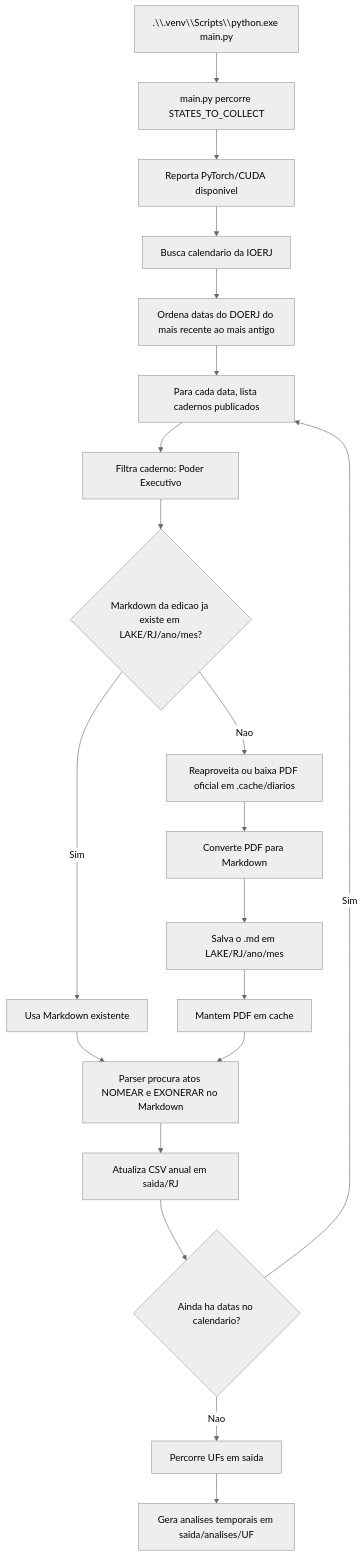
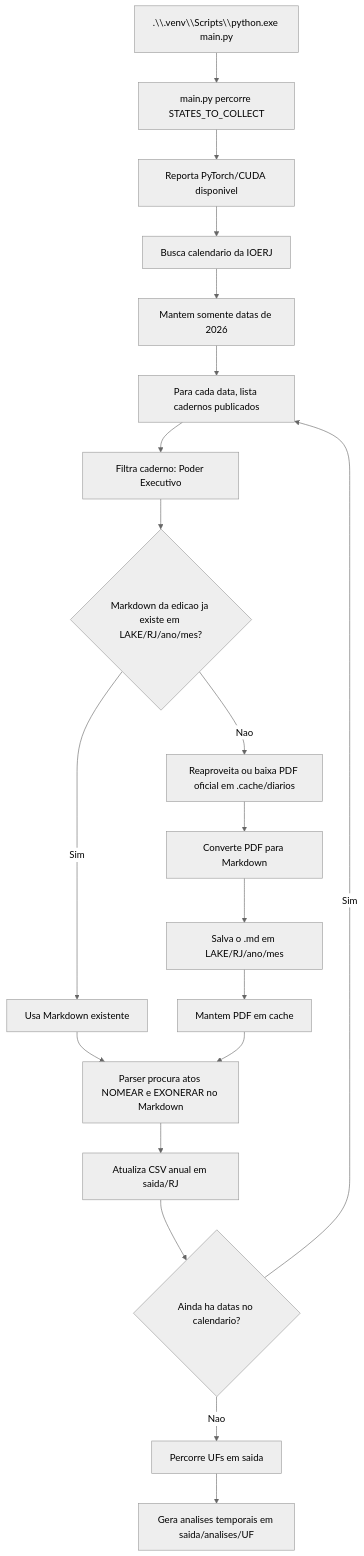
The diagram in README.md (0rakul0/exoneracoes_nomeacoes_dou), drawn with Mermaid (neutral theme) before and after one commit. The commit also changed other lines of this file and 192 other files, not shown here.

````diff
--- a/README.md
+++ b/README.md
@@ -238,22 +238,22 @@
 ```mermaid
 flowchart TD
     A[".\\.venv\\Scripts\\python.exe main.py"] --> B["main.py percorre STATES_TO_COLLECT"]
     B --> C["Reporta PyTorch/CUDA disponivel"]
     C --> D["Busca calendario da IOERJ"]
-    D --> E["Ordena datas do DOERJ do mais recente ao mais antigo"]
+    D --> E["Mantem somente datas de 2026"]
     E --> F["Para cada data, lista cadernos publicados"]
     F --> G["Filtra caderno: Poder Executivo"]
     G --> H{"Markdown da edicao ja existe em LAKE/RJ/ano/mes?"}
     H -- "Sim" --> I["Usa Markdown existente"]
     H -- "Nao" --> J["Reaproveita ou baixa PDF oficial em .cache/diarios"]
     J --> K["Converte PDF para Markdown"]
     K --> L["Salva o .md em LAKE/RJ/ano/mes"]
     L --> M["Mantem PDF em cache"]
     I --> N["Parser procura atos NOMEAR e EXONERAR no Markdown"]
     M --> N
     N --> O["Atualiza CSV anual em saida/RJ"]
     O --> P{"Ainda ha datas no calendario?"}
     P -- "Sim" --> F
     P -- "Nao" --> Q["Percorre UFs em saida"]
     Q --> R["Gera analises temporais em saida/analises/UF"]
 ```
````
